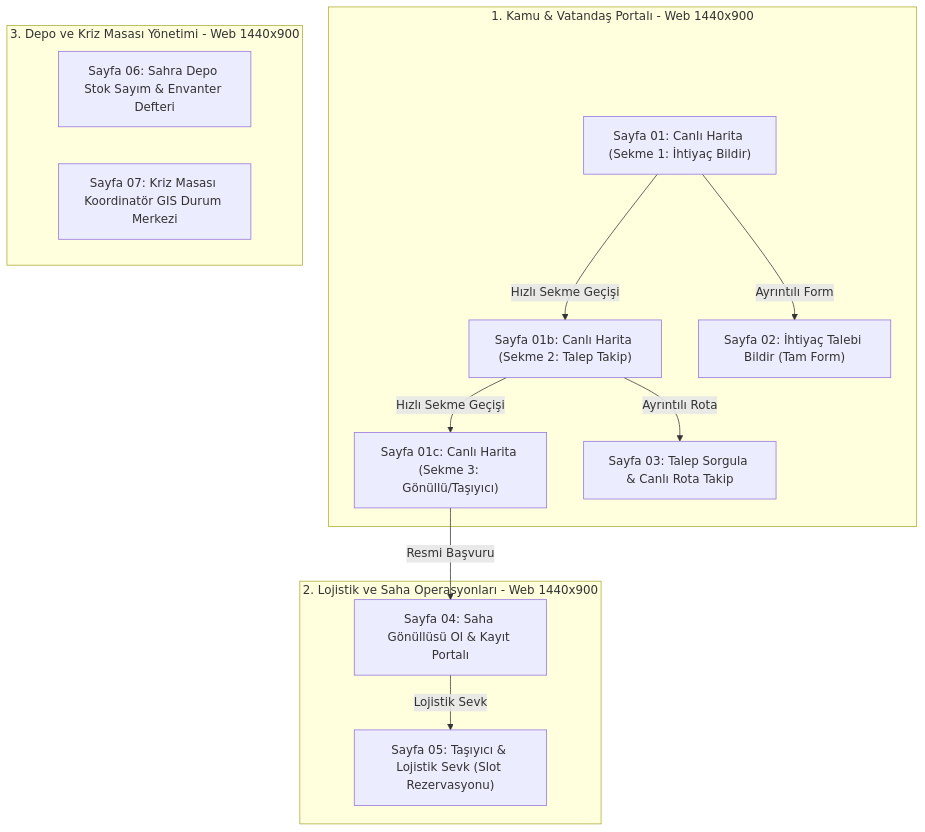
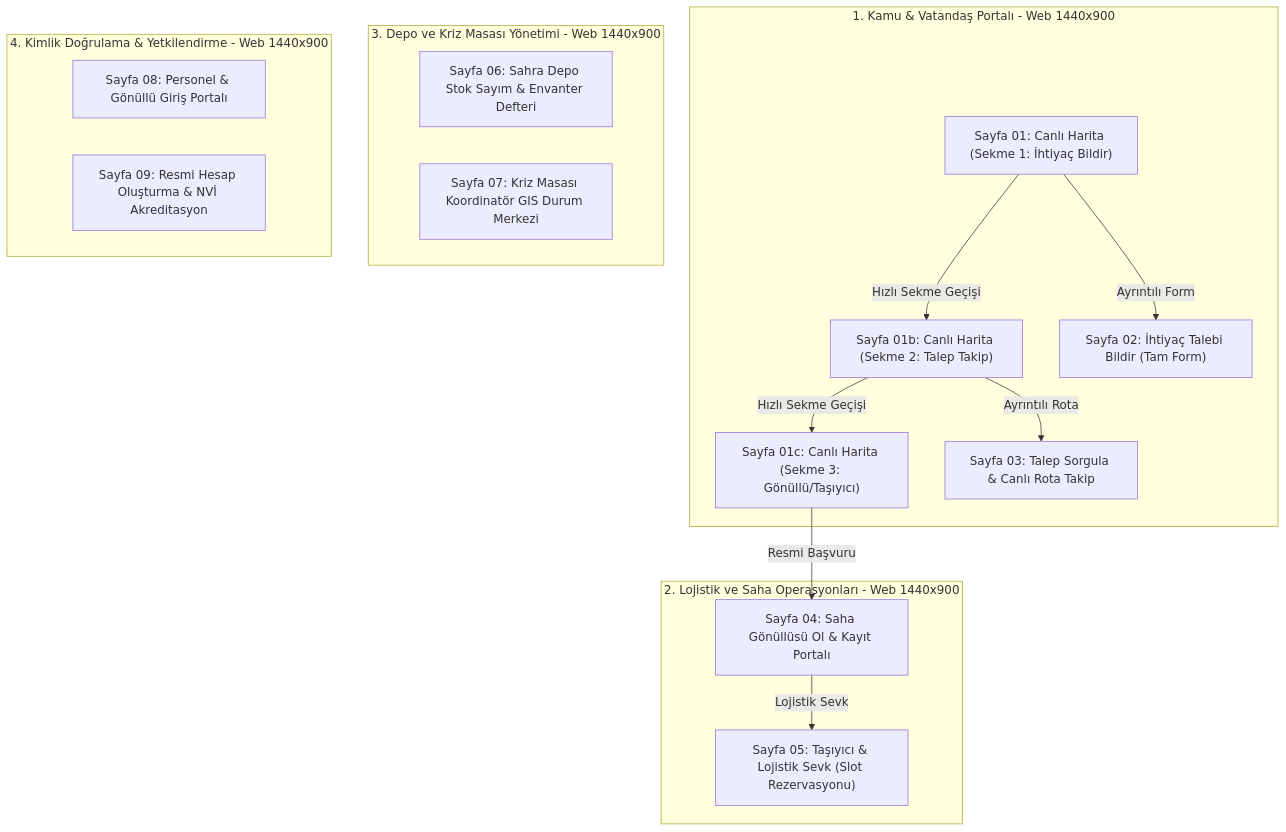
The diagram in docs/ui_ux/figma_prototype.md (CoskunerBerke/AFLOS), drawn with Mermaid before and after one commit. The commit also changed other lines of this file and 2 other files, not shown here.

Commit message:
feat(ui-ux): add dedicated 1440x900 Login and Register web screens (11-screen complete prototype flow)

````diff
--- a/docs/ui_ux/figma_prototype.md
+++ b/docs/ui_ux/figma_prototype.md
@@ -168,19 +170,24 @@
 ```mermaid
 flowchart TD
     subgraph Public_Web [1. Kamu & Vatandaş Portalı - Web 1440x900]
         W1["Sayfa 01: Canlı Harita (Sekme 1: İhtiyaç Bildir)"] -->|Hızlı Sekme Geçişi| W1b["Sayfa 01b: Canlı Harita (Sekme 2: Talep Takip)"]
         W1b -->|Hızlı Sekme Geçişi| W1c["Sayfa 01c: Canlı Harita (Sekme 3: Gönüllü/Taşıyıcı)"]
         W1 -->|Ayrıntılı Form| W2["Sayfa 02: İhtiyaç Talebi Bildir (Tam Form)"]
         W1b -->|Ayrıntılı Rota| W3["Sayfa 03: Talep Sorgula & Canlı Rota Takip"]
     end
 
     subgraph Operations_Web [2. Lojistik ve Saha Operasyonları - Web 1440x900]
         W1c -->|Resmi Başvuru| W4["Sayfa 04: Saha Gönüllüsü Ol & Kayıt Portalı"]
         W4 -->|Lojistik Sevk| W5["Sayfa 05: Taşıyıcı & Lojistik Sevk (Slot Rezervasyonu)"]
     end
 
     subgraph Institutional_Web [3. Depo ve Kriz Masası Yönetimi - Web 1440x900]
         W6["Sayfa 06: Sahra Depo Stok Sayım & Envanter Defteri"]
         W7["Sayfa 07: Kriz Masası Koordinatör GIS Durum Merkezi"]
     end
+
+    subgraph Security_Auth [4. Kimlik Doğrulama & Yetkilendirme - Web 1440x900]
+        W8["Sayfa 08: Personel & Gönüllü Giriş Portalı"]
+        W9["Sayfa 09: Resmi Hesap Oluşturma & NVİ Akreditasyon"]
+    end
 ```
````
